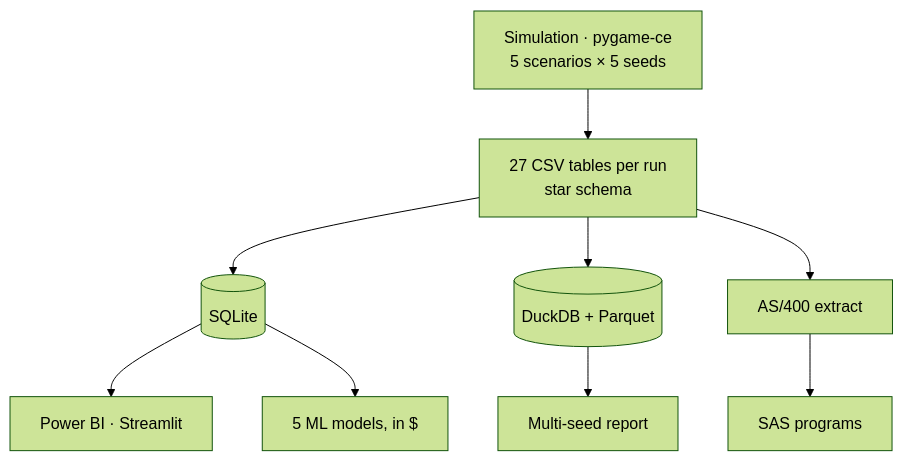
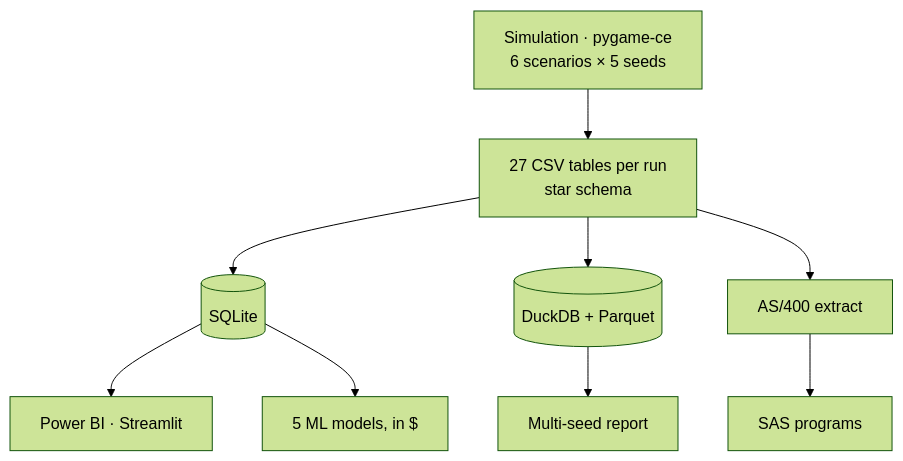
The diagram in README.md (KevinSeyranoglu/boreal-viandes-warehouse-sim), drawn with Mermaid (forest theme) before and after one commit. The commit also changed other lines of this file and 9 other files, not shown here.

First line of the commit message:
Shared-dock (U-flow) layout option and its 5-seed comparison

````diff
--- a/README.md
+++ b/README.md
@@ -27,11 +28,11 @@
 ```mermaid
 flowchart TD
-    SIM["Simulation · pygame-ce<br/>5 scenarios × 5 seeds"] --> CSV["27 CSV tables per run<br/>star schema"]
+    SIM["Simulation · pygame-ce<br/>6 scenarios × 5 seeds"] --> CSV["27 CSV tables per run<br/>star schema"]
     CSV --> SQLITE[("SQLite")]
     CSV --> DUCK[("DuckDB + Parquet")]
     CSV --> AS400["AS/400 extract"]
     SQLITE --> BI["Power BI · Streamlit"]
     SQLITE --> ML["5 ML models, in $"]
     DUCK --> MS["Multi-seed report"]
     AS400 --> SAS["SAS programs"]
 ```
````
